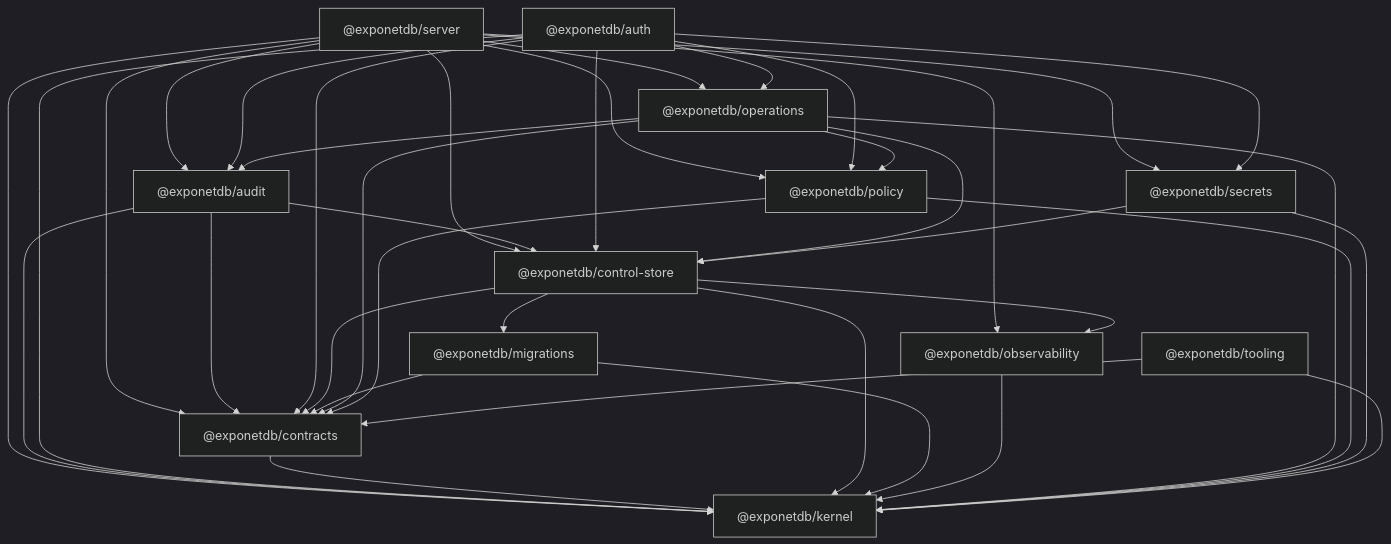
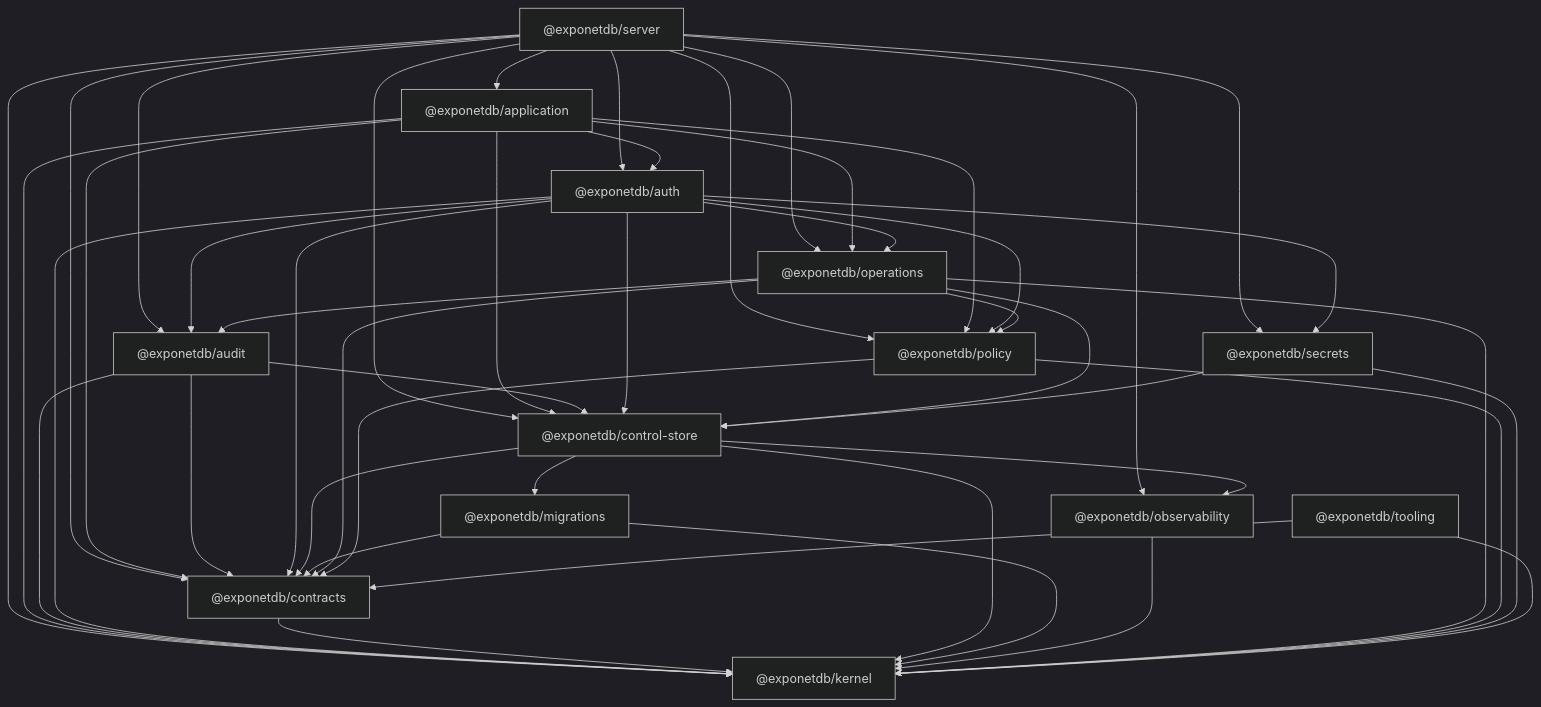
The diagram in tooling/boundaries/package-graph.md (davdxpx/ExponetDB), drawn with Mermaid (dark theme) before and after one commit. The commit also changed 42 other files, not shown here.

````diff
--- a/tooling/boundaries/package-graph.md
+++ b/tooling/boundaries/package-graph.md
@@ -7,52 +7,61 @@
 ```mermaid
 graph TD
   apps_server["@exponetdb/server"]
+  packages_application["@exponetdb/application"]
   packages_audit["@exponetdb/audit"]
   packages_auth["@exponetdb/auth"]
   packages_contracts["@exponetdb/contracts"]
   packages_control-store["@exponetdb/control-store"]
   packages_kernel["@exponetdb/kernel"]
   packages_migrations["@exponetdb/migrations"]
   packages_observability["@exponetdb/observability"]
   packages_operations["@exponetdb/operations"]
   packages_policy["@exponetdb/policy"]
   packages_secrets["@exponetdb/secrets"]
   tooling["@exponetdb/tooling"]
+  apps_server["@exponetdb/server"] --> packages_application
   apps_server["@exponetdb/server"] --> packages_audit
+  apps_server["@exponetdb/server"] --> packages_auth
   apps_server["@exponetdb/server"] --> packages_contracts
   apps_server["@exponetdb/server"] --> packages_control-store
   apps_server["@exponetdb/server"] --> packages_kernel
   apps_server["@exponetdb/server"] --> packages_observability
   apps_server["@exponetdb/server"] --> packages_operations
   apps_server["@exponetdb/server"] --> packages_policy
   apps_server["@exponetdb/server"] --> packages_secrets
+  packages_application["@exponetdb/application"] --> packages_auth
+  packages_application["@exponetdb/application"] --> packages_contracts
+  packages_application["@exponetdb/application"] --> packages_control-store
+  packages_application["@exponetdb/application"] --> packages_kernel
+  packages_application["@exponetdb/application"] --> packages_operations
+  packages_application["@exponetdb/application"] --> packages_policy
   packages_audit["@exponetdb/audit"] --> packages_contracts
   packages_audit["@exponetdb/audit"] --> packages_control-store
   packages_audit["@exponetdb/audit"] --> packages_kernel
   packages_auth["@exponetdb/auth"] --> packages_audit
   packages_auth["@exponetdb/auth"] --> packages_contracts
   packages_auth["@exponetdb/auth"] --> packages_control-store
   packages_auth["@exponetdb/auth"] --> packages_kernel
   packages_auth["@exponetdb/auth"] --> packages_operations
   packages_auth["@exponetdb/auth"] --> packages_policy
   packages_auth["@exponetdb/auth"] --> packages_secrets
   packages_contracts["@exponetdb/contracts"] --> packages_kernel
   packages_control-store["@exponetdb/control-store"] --> packages_contracts
   packages_control-store["@exponetdb/control-store"] --> packages_kernel
   packages_control-store["@exponetdb/control-store"] --> packages_migrations
   packages_control-store["@exponetdb/control-store"] --> packages_observability
   packages_migrations["@exponetdb/migrations"] --> packages_contracts
   packages_migrations["@exponetdb/migrations"] --> packages_kernel
   packages_observability["@exponetdb/observability"] --> packages_kernel
   packages_operations["@exponetdb/operations"] --> packages_audit
   packages_operations["@exponetdb/operations"] --> packages_contracts
   packages_operations["@exponetdb/operations"] --> packages_control-store
   packages_operations["@exponetdb/operations"] --> packages_kernel
   packages_operations["@exponetdb/operations"] --> packages_policy
   packages_policy["@exponetdb/policy"] --> packages_contracts
   packages_policy["@exponetdb/policy"] --> packages_kernel
   packages_secrets["@exponetdb/secrets"] --> packages_control-store
   packages_secrets["@exponetdb/secrets"] --> packages_kernel
   tooling["@exponetdb/tooling"] --> packages_contracts
   tooling["@exponetdb/tooling"] --> packages_kernel
 ```
````
